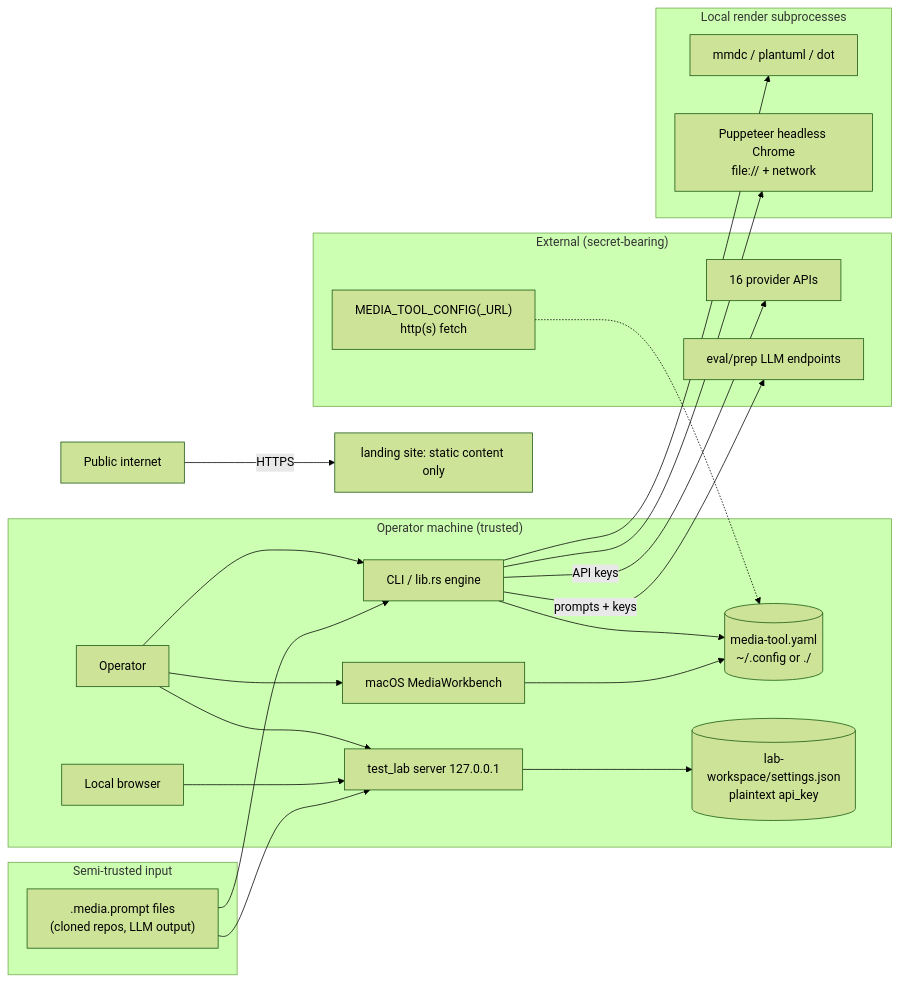
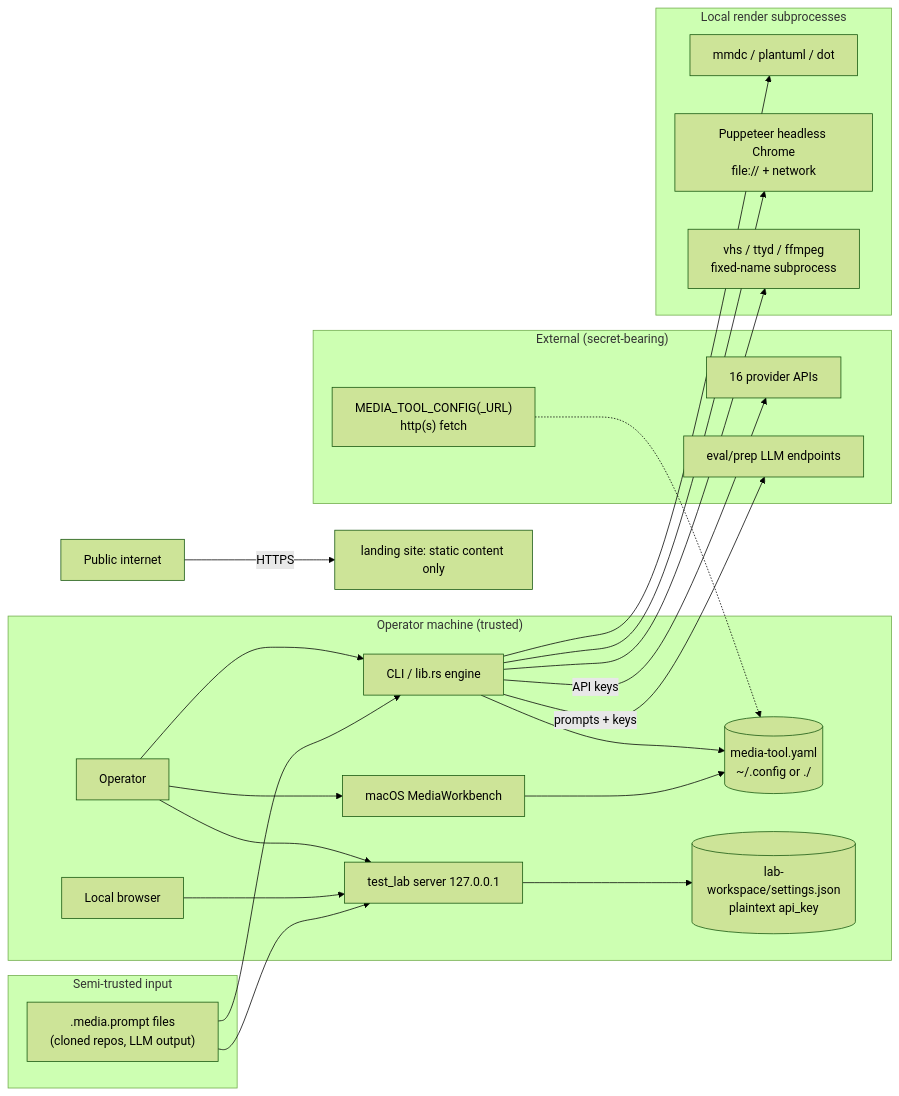
Before and after one commit to the-robot-lives/media-tools: the diagram in docs/THREAT-MODEL.md, drawn with Mermaid (forest theme). The commit also changed other lines of this file and 9 other files, not shown here.

First line of the commit message:
docs: doc-sweep 2026-10-26 (layout/arch/schema/threat-model)

````diff
--- a/docs/THREAT-MODEL.md
+++ b/docs/THREAT-MODEL.md
@@ -13,26 +13,27 @@
 ```mermaid
 graph LR
     subgraph Local["Operator machine (trusted)"]
         OP[Operator] --> CLI[CLI / lib.rs engine]
         OP --> LAB[test_lab server 127.0.0.1]
         OP --> MAC[macOS MediaWorkbench]
         BR[Local browser] --> LAB
         CLI --> CFG[(media-tool.yaml<br/>~/.config or ./)]
         LAB --> SJ[(lab-workspace/settings.json<br/>plaintext api_key)]
         MAC --> CFG
     end
     subgraph Untrusted["Semi-trusted input"]
         P[".media.prompt files<br/>(cloned repos, LLM output)"] --> CLI
         P --> LAB
     end
     subgraph Egress["External (secret-bearing)"]
         CLI -->|API keys| PROV[16 provider APIs]
         CLI -->|prompts + keys| EVAL[eval/prep LLM endpoints]
         CFGURL["MEDIA_TOOL_CONFIG(_URL)<br/>http(s) fetch"] -.-> CFG
     end
     subgraph Render["Local render subprocesses"]
         CLI --> MM[mmdc / plantuml / dot] 
         CLI --> PU[Puppeteer headless Chrome<br/>file:// + network]
+        CLI --> VH[vhs / ttyd / ffmpeg<br/>fixed-name subprocess]
     end
     WEB[Public internet] -->|HTTPS| SITE[landing site: static content only]
 ```
````
